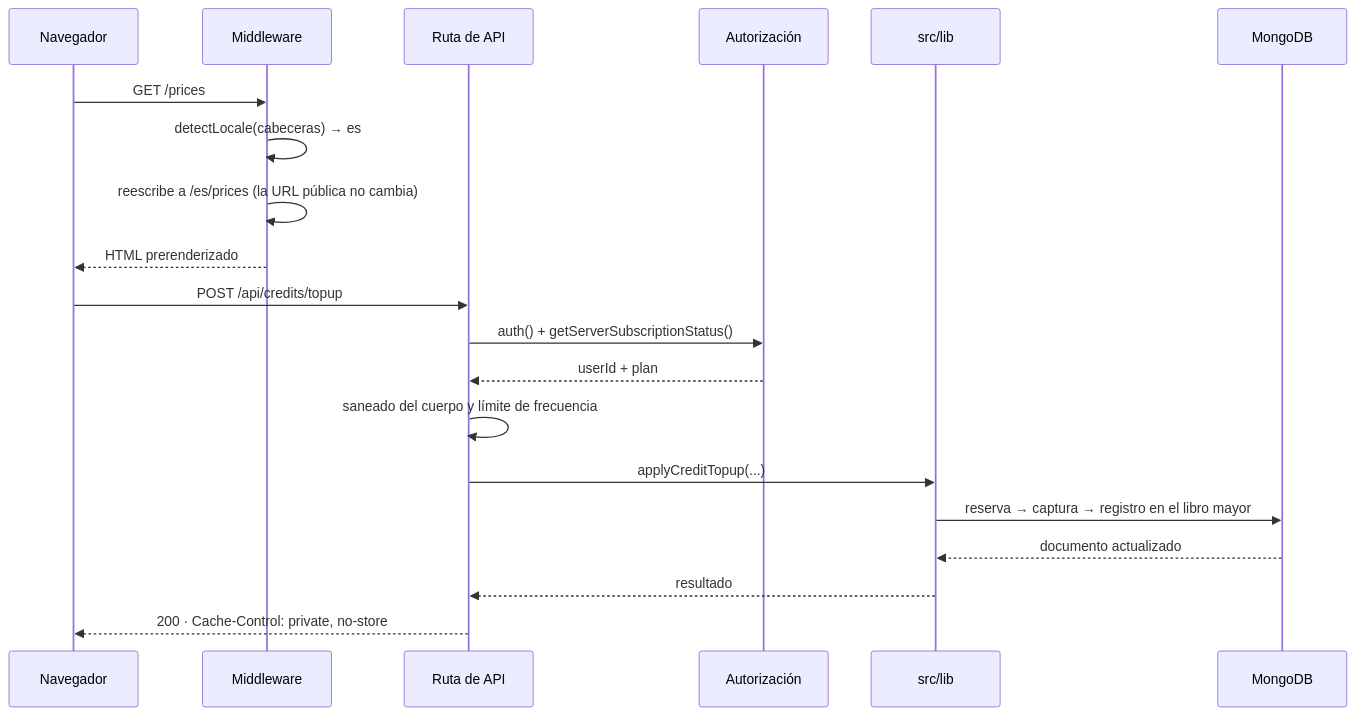
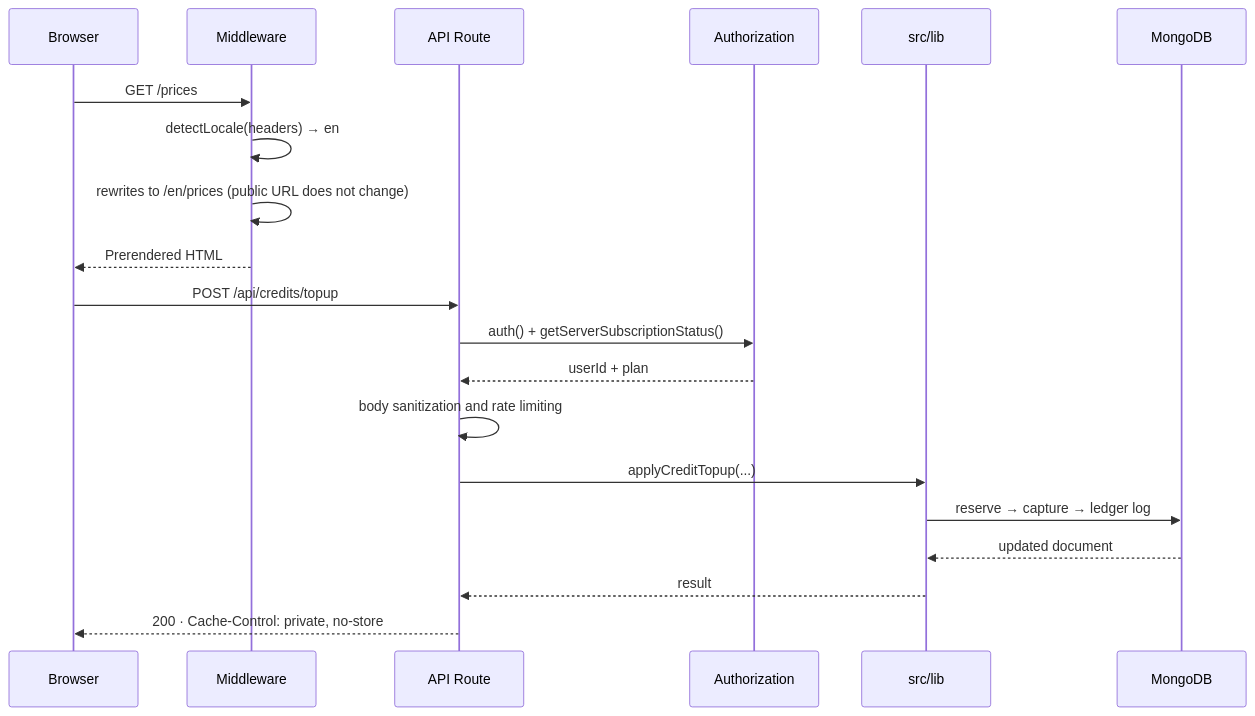
Before and after one commit to jggjosue/prompt-studio: the second of 6 diagrams in docs/ARCHITECTURE.md, drawn with Mermaid. The commit also changed other lines of this file and 8 other files, not shown here.

````diff
--- a/docs/ARCHITECTURE.md
+++ b/docs/ARCHITECTURE.md
@@ -51,24 +49,24 @@
 ```mermaid
 sequenceDiagram
-    participant N as Navegador
+    participant N as Browser
     participant MW as Middleware
-    participant R as Ruta de API
-    participant A as Autorización
+    participant R as API Route
+    participant A as Authorization
     participant L as src/lib
     participant DB as MongoDB
 
     N->>MW: GET /prices
-    MW->>MW: detectLocale(cabeceras) → es
-    MW->>MW: reescribe a /es/prices (la URL pública no cambia)
-    MW-->>N: HTML prerenderizado
+    MW->>MW: detectLocale(headers) → en
+    MW->>MW: rewrites to /en/prices (public URL does not change)
+    MW-->>N: Prerendered HTML
 
     N->>R: POST /api/credits/topup
     R->>A: auth() + getServerSubscriptionStatus()
     A-->>R: userId + plan
-    R->>R: saneado del cuerpo y límite de frecuencia
+    R->>R: body sanitization and rate limiting
     R->>L: applyCreditTopup(...)
-    L->>DB: reserva → captura → registro en el libro mayor
-    DB-->>L: documento actualizado
-    L-->>R: resultado
+    L->>DB: reserve → capture → ledger log
+    DB-->>L: updated document
+    L-->>R: result
     R-->>N: 200 · Cache-Control: private, no-store
 ```
````
